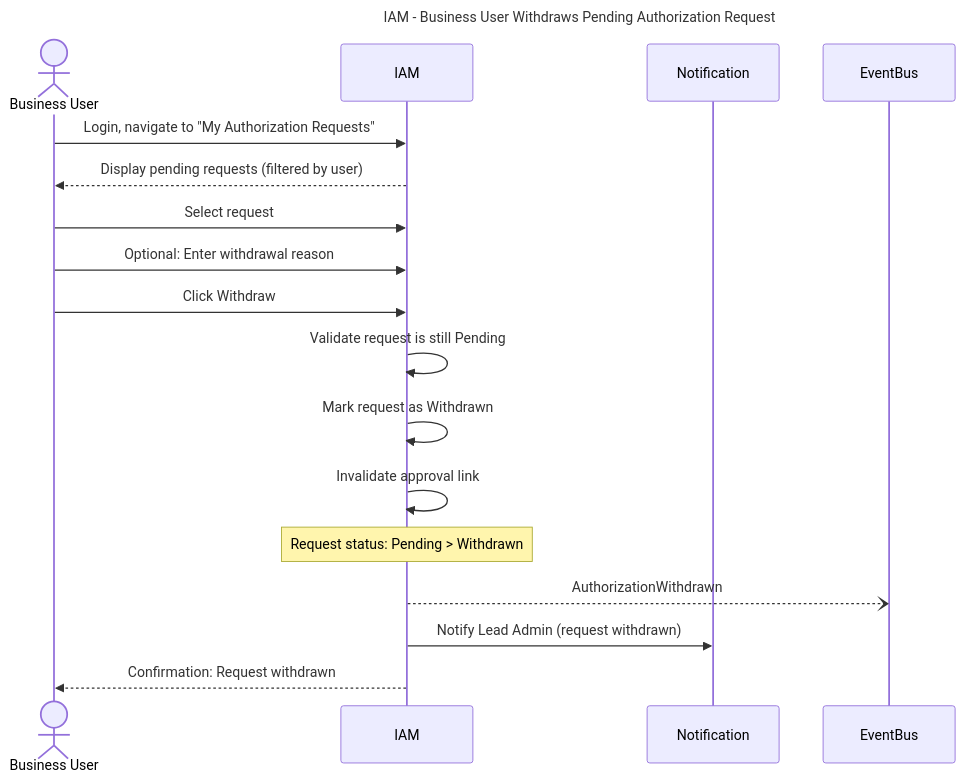
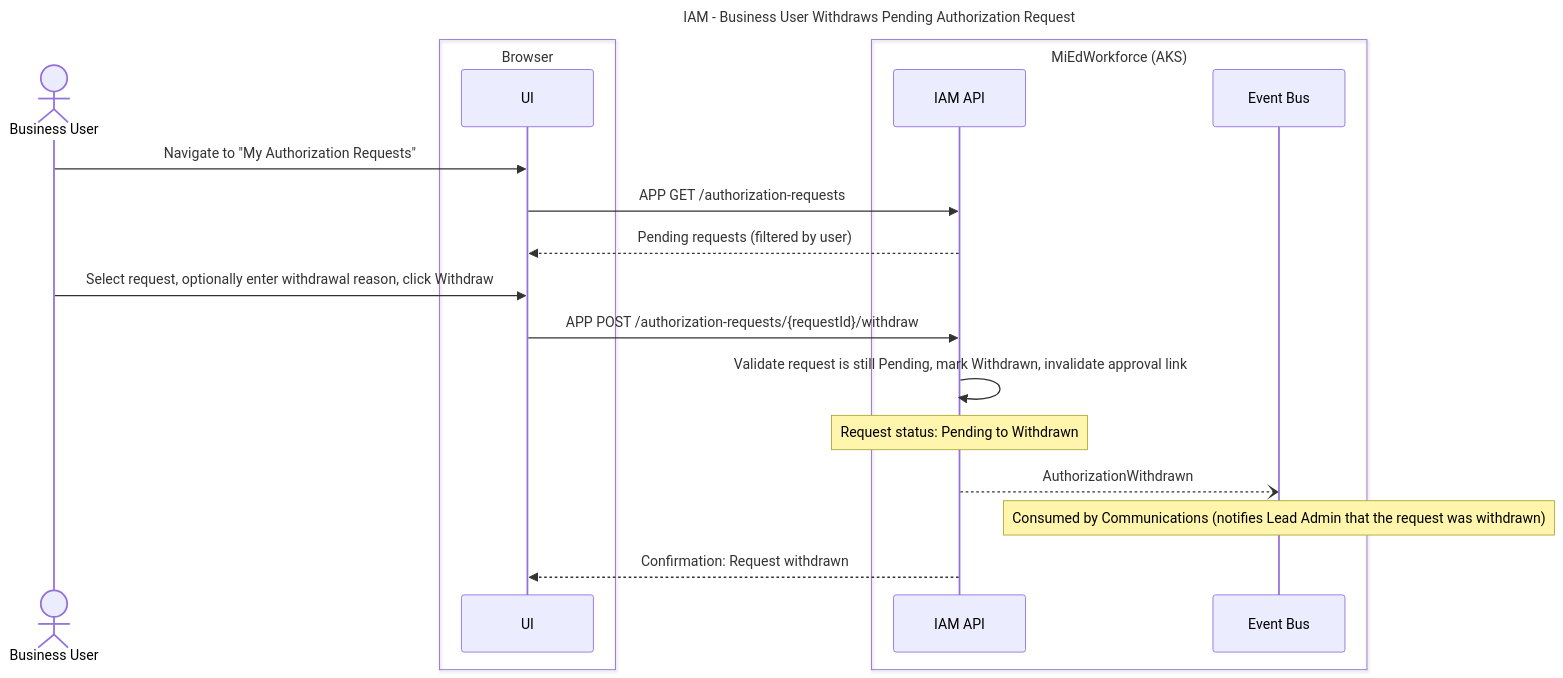
One commit to mnichols-dl/mied-design changed the seventh of 23 diagrams in working-docs/solution-areas/iam/iam-sequences.md. Above: the diagram before and after it, drawn with Mermaid. The commit also changed other lines of this file and 34 other files, not shown here.

Commit message:
Update sequences and perform RTM assessment

````diff
--- a/working-docs/solution-areas/iam/iam-sequences.md
+++ b/working-docs/solution-areas/iam/iam-sequences.md
@@ -367,28 +402,30 @@
 ```mermaid
 ---
 title: IAM - Business User Withdraws Pending Authorization Request
 ---
 sequenceDiagram
     actor BizUser as Business User
-    participant IAM
-    participant Notification
-    participant EventBus
-    
-    BizUser->>IAM: Login, navigate to "My Authorization Requests"
-    IAM-->>BizUser: Display pending requests (filtered by user)
-    
-    BizUser->>IAM: Select request
-    BizUser->>IAM: Optional: Enter withdrawal reason
-    BizUser->>IAM: Click Withdraw
-    
-    IAM->>IAM: Validate request is still Pending
-    IAM->>IAM: Mark request as Withdrawn
-    IAM->>IAM: Invalidate approval link
-    
-    Note over IAM: Request status: Pending > Withdrawn
-    
-    IAM--)EventBus: AuthorizationWithdrawn
-    IAM->>Notification: Notify Lead Admin (request withdrawn)
-    
-    IAM-->>BizUser: Confirmation: Request withdrawn
+    box Browser
+    participant UI
+    end
+    box MiEdWorkforce (AKS)
+    participant IamApi as IAM API
+    participant EventBus as Event Bus
+    end
+
+    BizUser->>UI: Navigate to "My Authorization Requests"
+    UI->>IamApi: APP GET /authorization-requests
+    IamApi-->>UI: Pending requests (filtered by user)
+
+    BizUser->>UI: Select request, optionally enter withdrawal reason, click Withdraw
+    UI->>IamApi: APP POST /authorization-requests/{requestId}/withdraw
+
+    IamApi->>IamApi: Validate request is still Pending, mark Withdrawn, invalidate approval link
+
+    Note over IamApi: Request status: Pending to Withdrawn
+
+    IamApi--)EventBus: AuthorizationWithdrawn
+    Note over EventBus: Consumed by Communications (notifies Lead Admin that the request was withdrawn)
+
+    IamApi-->>UI: Confirmation: Request withdrawn
 ```
````
